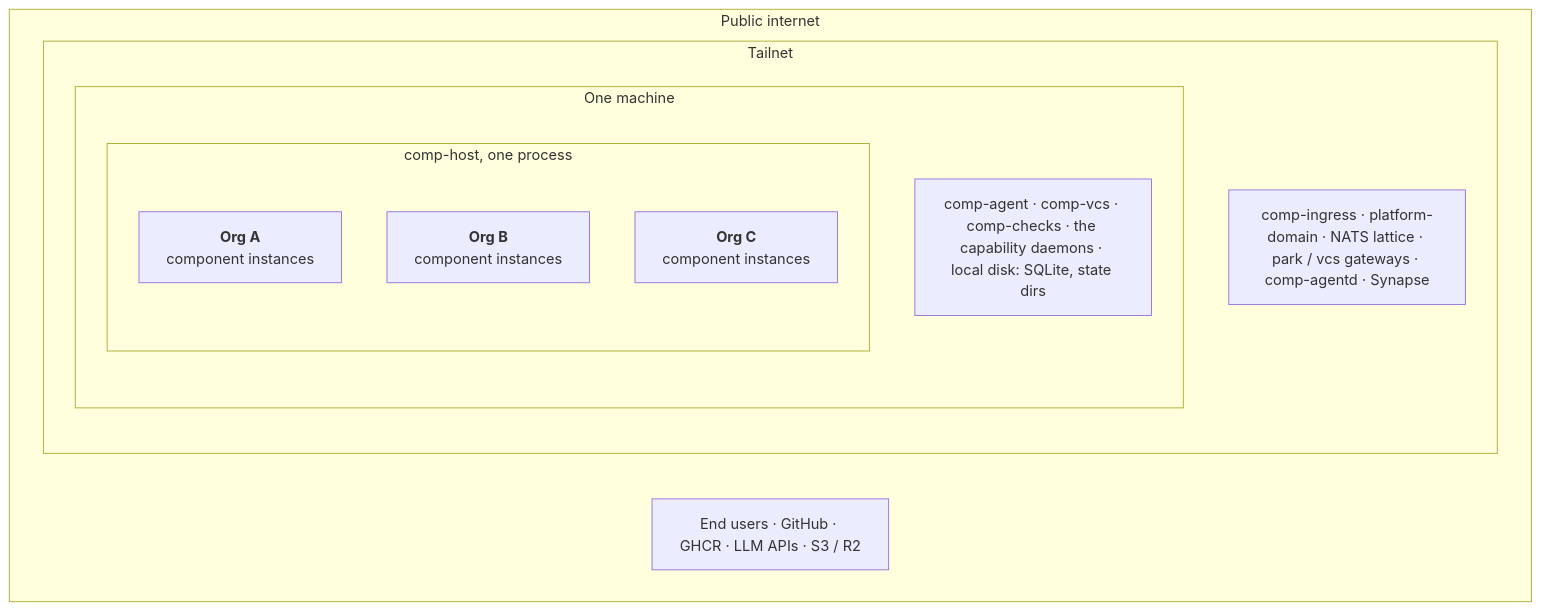
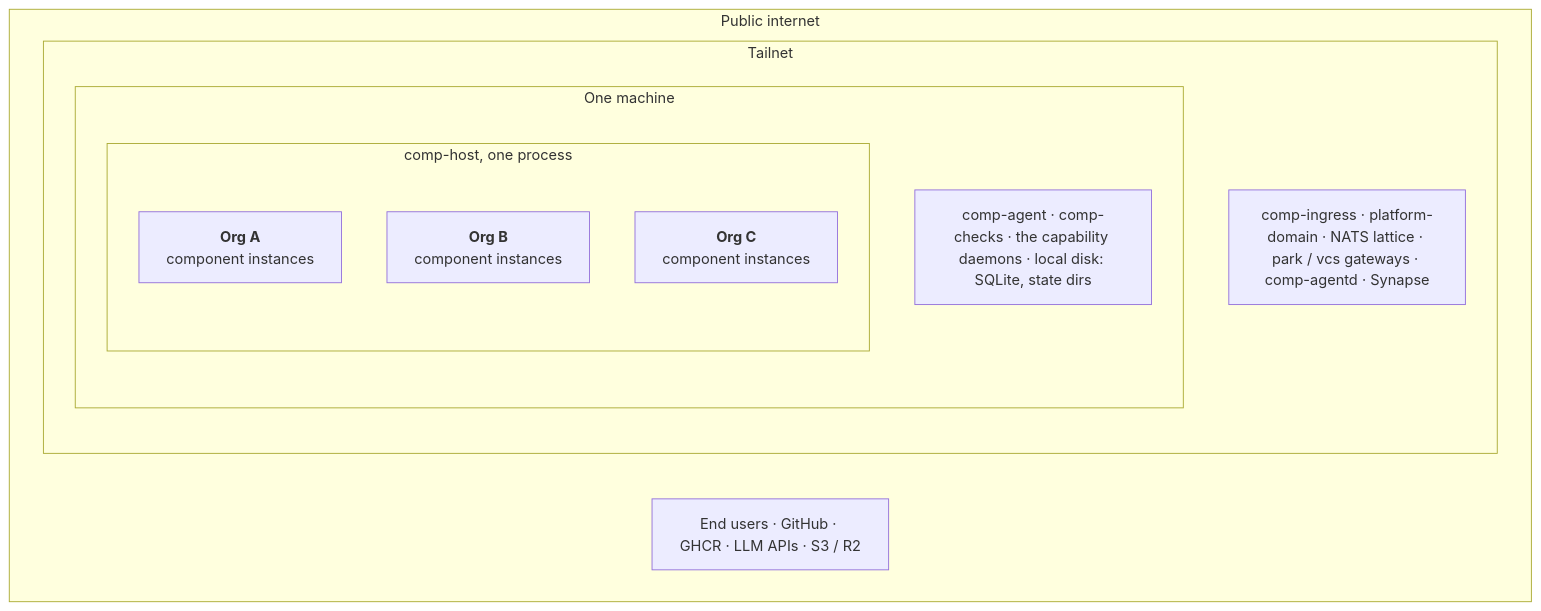
One commit to markkovari/holon changed diagram 11 of 11 in docs/ARCHITECTURE.md. Above: the diagram before and after it, drawn with Mermaid. The commit also changed other lines of this file and 50 other files, not shown here.

First line of the commit message:
feat(vcs): the code store is a component — vcs-store runs the engine on the app's keyvalue, comp-vcs is deleted (#540)

````diff
--- a/docs/ARCHITECTURE.md
+++ b/docs/ARCHITECTURE.md
@@ -787,17 +782,17 @@
 ```mermaid
 flowchart TB
   subgraph z1["Public internet"]
     z1_items["End users · GitHub · GHCR · LLM APIs · S3 / R2"]
     subgraph z2["Tailnet"]
       z2_items["comp-ingress · platform-domain · NATS lattice · park / vcs gateways · comp-agentd · Synapse"]
       subgraph z3["One machine"]
-        z3_items["comp-agent · comp-vcs · comp-checks · the capability daemons · local disk: SQLite, state dirs"]
+        z3_items["comp-agent · comp-checks · the capability daemons · local disk: SQLite, state dirs"]
         subgraph z4["comp-host, one process"]
           z4_t0["<b>Org A</b><br/>component instances"]
           z4_t1["<b>Org B</b><br/>component instances"]
           z4_t2["<b>Org C</b><br/>component instances"]
         end
       end
     end
   end
 ```
````
